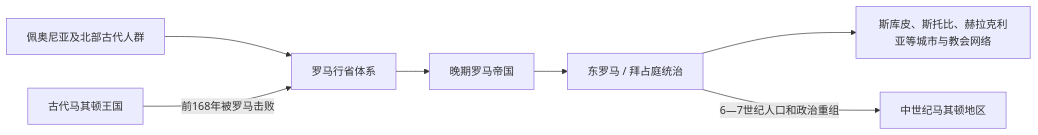
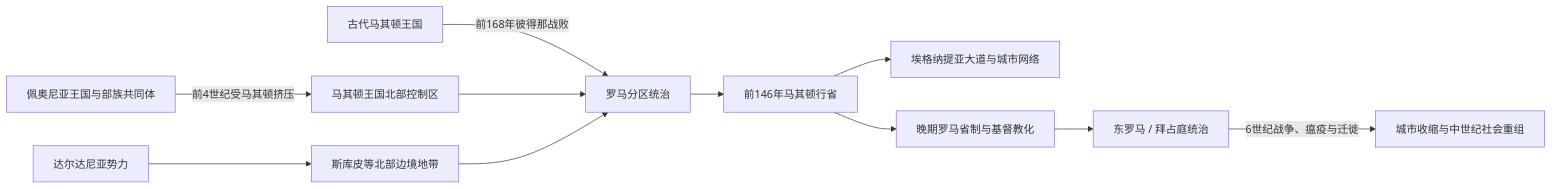
One commit to tianlan-dev/learning-notes changed the diagram in 人文科学/历史/欧洲/东南欧与巴尔干/北马其顿/古代马其顿与罗马—拜占庭时期.md. Above: the diagram before and after it, drawn with Mermaid. The commit also changed other lines of this file and 1417 other files, not shown here.

````diff
--- a/人文科学/历史/欧洲/东南欧与巴尔干/北马其顿/古代马其顿与罗马—拜占庭时期.md
+++ b/人文科学/历史/欧洲/东南欧与巴尔干/北马其顿/古代马其顿与罗马—拜占庭时期.md
@@ -17,9 +15,13 @@
 ```mermaid
 flowchart LR
-  Paeonia["佩奥尼亚及北部古代人群"] --> RomanProvince["罗马行省体系"]
-  Macedon["古代马其顿王国"] -->|"前168年被罗马击败"| RomanProvince
-  RomanProvince --> LateRome["晚期罗马帝国"]
-  LateRome --> EastRome["东罗马 / 拜占庭统治"]
-  EastRome --> Cities["斯库皮、斯托比、赫拉克利亚等城市与教会网络"]
-  EastRome -->|"6—7世纪人口和政治重组"| Medieval["中世纪马其顿地区"]
+    Paeonia["佩奥尼亚王国与部族共同体"] -->|前4世纪受马其顿挤压| MacedonRule["马其顿王国北部控制区"]
+    Dardania["达尔达尼亚势力"] --> Border["斯库皮等北部边境地带"]
+    Macedon["古代马其顿王国"] -->|前168年彼得那战败| RomanSettlement["罗马分区统治"]
+    MacedonRule --> RomanSettlement
+    Border --> RomanSettlement
+    RomanSettlement --> Province["前146年马其顿行省"]
+    Province --> Roads["埃格纳提亚大道与城市网络"]
+    Province --> LateRoman["晚期罗马省制与基督教化"]
+    LateRoman --> EastRome["东罗马 / 拜占庭统治"]
+    EastRome -->|6世纪战争、瘟疫与迁徙| Transformation["城市收缩与中世纪社会重组"]
 ```
````
